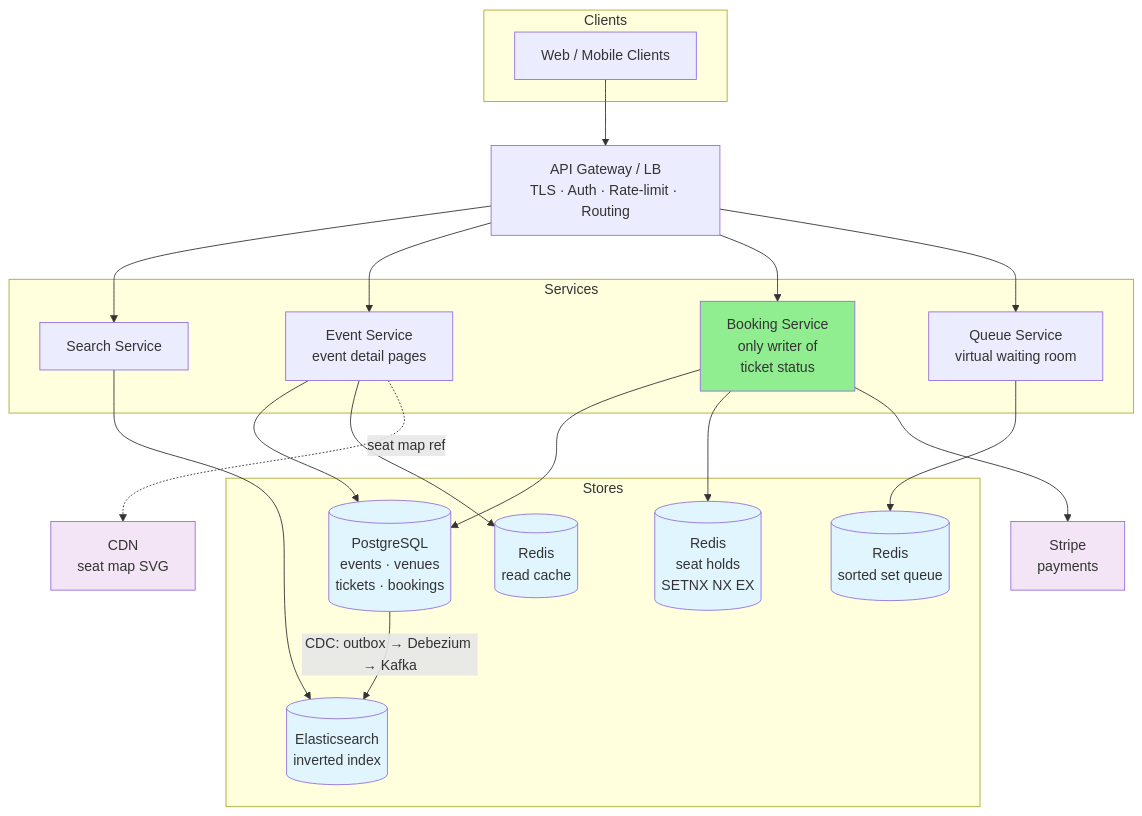
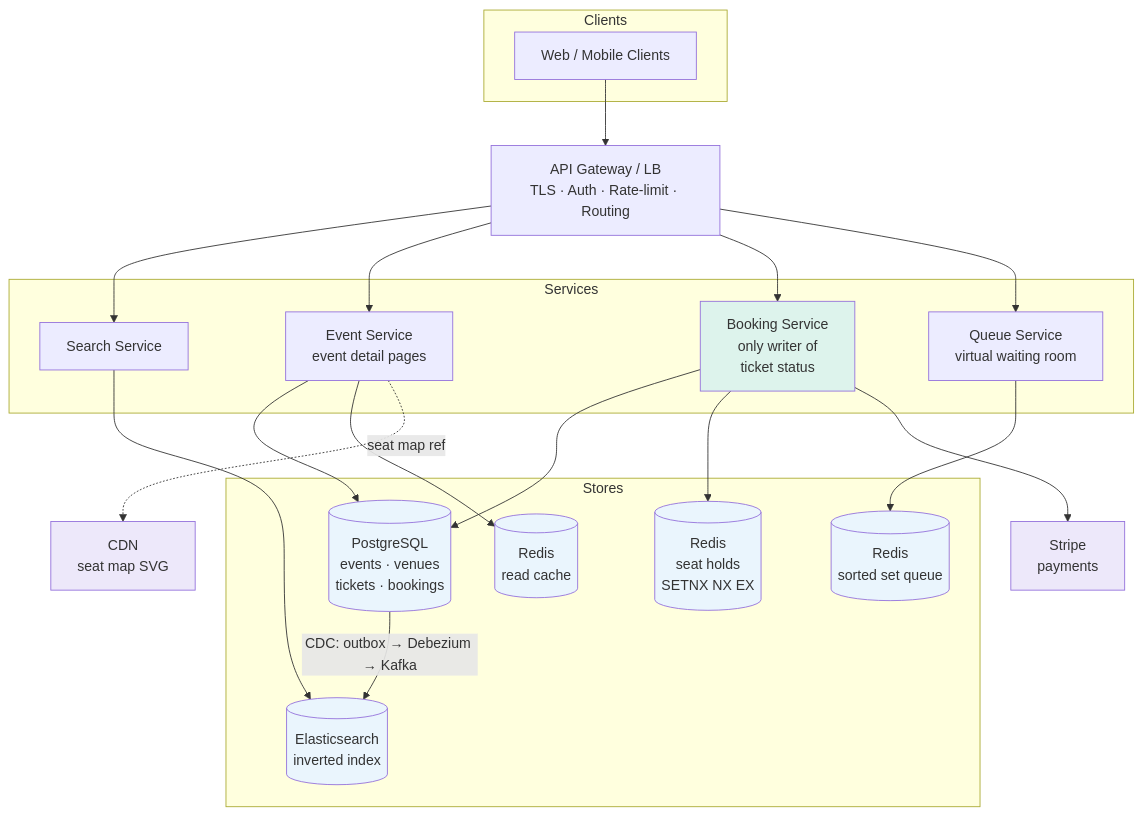
Before and after one commit to cartmancodes/InterviewVault: the second of 7 diagrams in LLD/questions/Design Ticketmaster.md, drawn with Mermaid. The commit also changed other lines of this file and 679 other files, not shown here.

Commit message:
Unify content diagrams and add accessible visual walkthroughs

````diff
--- a/LLD/questions/Design Ticketmaster.md
+++ b/LLD/questions/Design Ticketmaster.md
@@ -182,50 +182,50 @@
 ```mermaid
 graph TB
     subgraph Clients
         C[Web / Mobile Clients]
     end
 
     GW[API Gateway / LB<br/>TLS · Auth · Rate-limit · Routing]
 
     subgraph Services
         SS[Search Service]
         ES_S[Event Service<br/>event detail pages]
         BS[Booking Service<br/>only writer of<br/>ticket status]
         QS[Queue Service<br/>virtual waiting room]
     end
 
     subgraph Stores
         ELASTIC[(Elasticsearch<br/>inverted index)]
         PG[(PostgreSQL<br/>events · venues<br/>tickets · bookings)]
         REDIS_H[(Redis<br/>seat holds<br/>SETNX NX EX)]
         REDIS_C[(Redis<br/>read cache)]
         REDIS_Q[(Redis<br/>sorted set queue)]
     end
 
     STRIPE[Stripe<br/>payments]
     CDN[CDN<br/>seat map SVG]
 
     C --> GW
     GW --> SS
     GW --> ES_S
     GW --> BS
     GW --> QS
     SS --> ELASTIC
     ES_S --> PG
     ES_S --> REDIS_C
     ES_S -.seat map ref.-> CDN
     BS --> PG
     BS --> REDIS_H
     BS --> STRIPE
     QS --> REDIS_Q
     PG -->|CDC: outbox → Debezium → Kafka| ELASTIC
 
-    style BS fill:#90EE90
-    style PG fill:#e1f5ff
-    style ELASTIC fill:#e1f5ff
-    style REDIS_H fill:#e1f5ff
-    style REDIS_C fill:#e1f5ff
-    style REDIS_Q fill:#e1f5ff
-    style STRIPE fill:#f3e5f5
-    style CDN fill:#f3e5f5
+    style BS fill:#DDF3EC
+    style PG fill:#EAF5FD
+    style ELASTIC fill:#EAF5FD
+    style REDIS_H fill:#EAF5FD
+    style REDIS_C fill:#EAF5FD
+    style REDIS_Q fill:#EAF5FD
+    style STRIPE fill:#EDE8FA
+    style CDN fill:#EDE8FA
 ```
````
